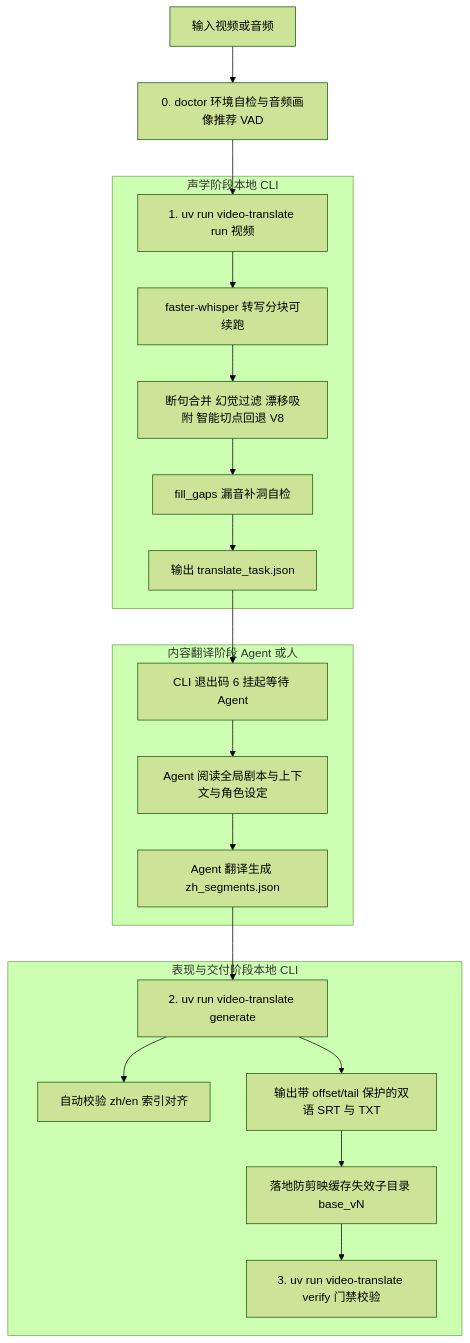
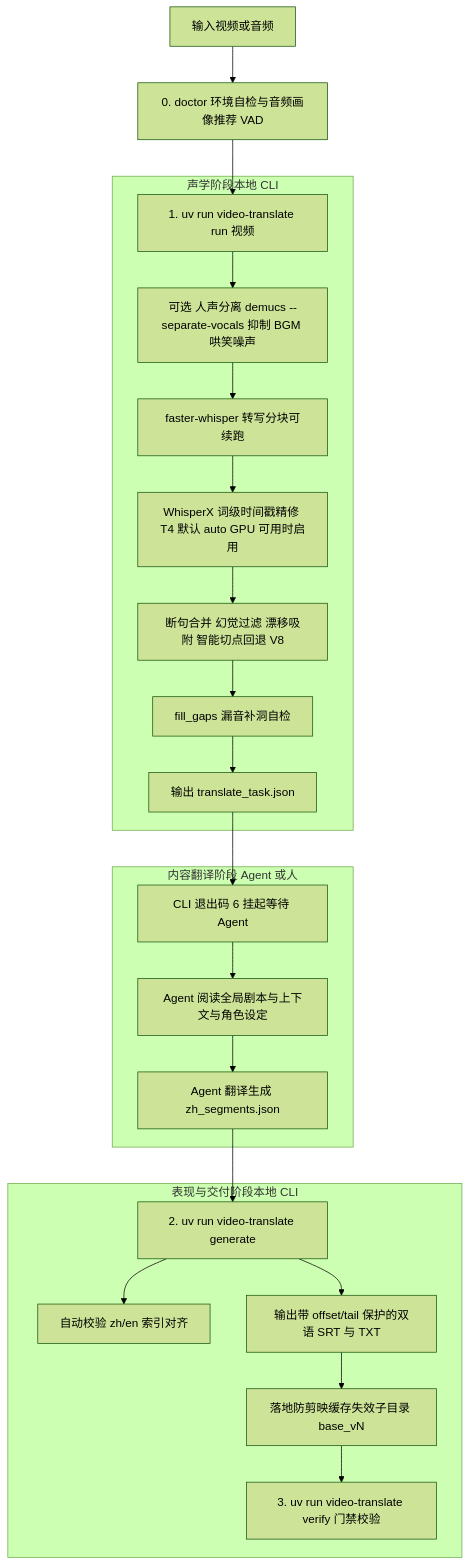
The diagram in README.md (brosnan2800/video-translate), drawn with Mermaid (forest theme) before and after one commit. The commit also changed other lines of this file and 7 other files, not shown here.

````diff
--- a/README.md
+++ b/README.md
@@ -38,27 +39,29 @@
 ```mermaid
 flowchart TD
     Video[输入视频或音频] --> Doctor[0. doctor 环境自检与音频画像推荐 VAD]
     Doctor --> Run[1. uv run video-translate run 视频]
 
     subgraph Acoustic [声学阶段本地 CLI]
-        Run --> Transcribe[faster-whisper 转写分块可续跑]
-        Transcribe --> Merge[断句合并 幻觉过滤 漂移吸附 智能切点回退 V8]
+        Run --> VocalSep[可选 人声分离 demucs --separate-vocals 抑制 BGM 哄笑噪声]
+        VocalSep --> Transcribe[faster-whisper 转写分块可续跑]
+        Transcribe --> Align[WhisperX 词级时间戳精修 T4 默认 auto GPU 可用时启用]
+        Align --> Merge[断句合并 幻觉过滤 漂移吸附 智能切点回退 V8]
         Merge --> FillGaps[fill_gaps 漏音补洞自检]
         FillGaps --> TaskOut[输出 translate_task.json]
     end
 
     TaskOut --> Exit6[CLI 退出码 6 挂起等待 Agent]
 
     subgraph AgentBrain [内容翻译阶段 Agent 或人]
         Exit6 --> AgentRead[Agent 阅读全局剧本与上下文与角色设定]
         AgentRead --> AgentTranslate[Agent 翻译生成 zh_segments.json]
     end
 
     subgraph Presentation [表现与交付阶段本地 CLI]
         AgentTranslate --> Generate[2. uv run video-translate generate]
         Generate --> AlignCheck[自动校验 zh/en 索引对齐]
         Generate --> Render[输出带 offset/tail 保护的双语 SRT 与 TXT]
         Render --> VersionDir[落地防剪映缓存失效子目录 base_vN]
         VersionDir --> Verify[3. uv run video-translate verify 门禁校验]
     end
 ```
````
